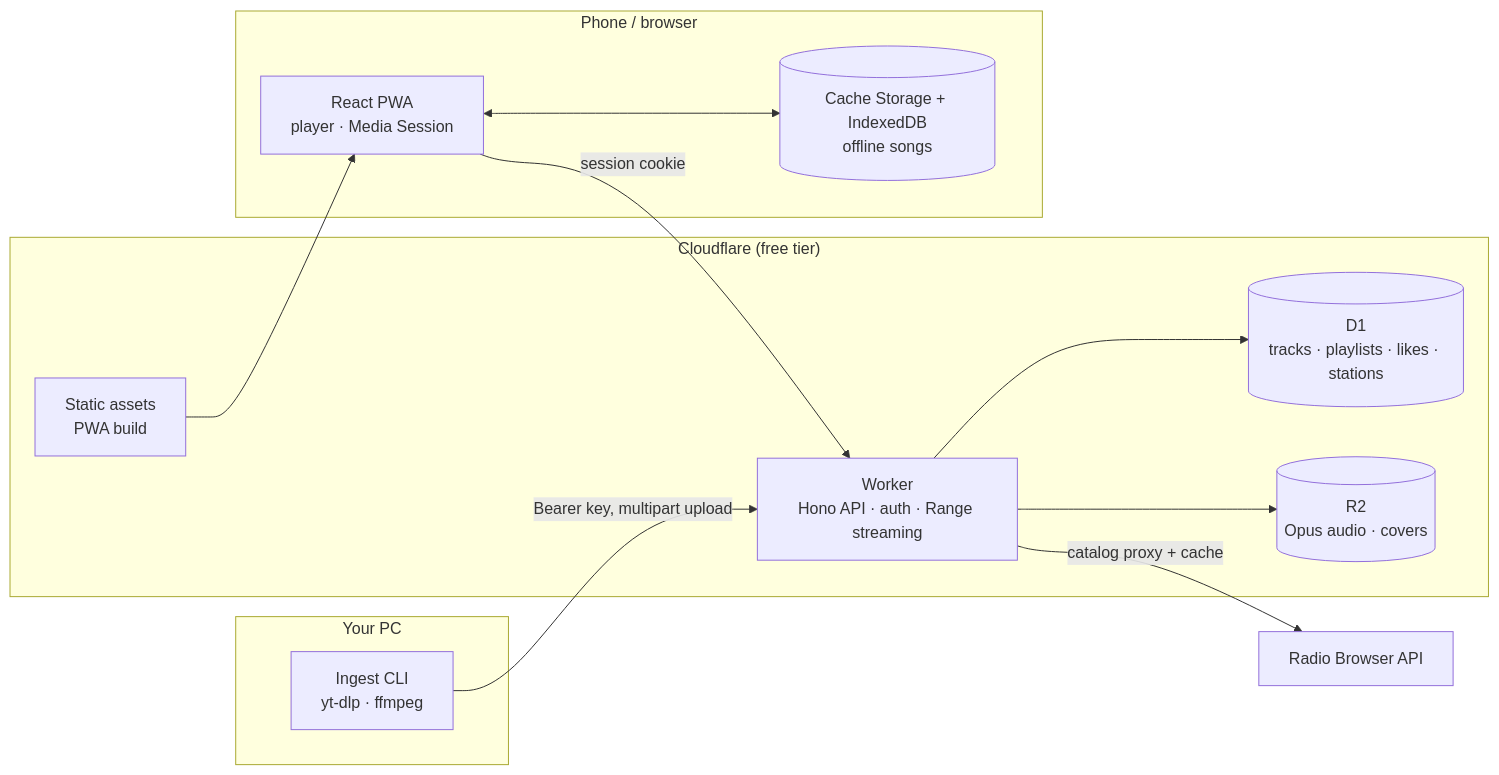
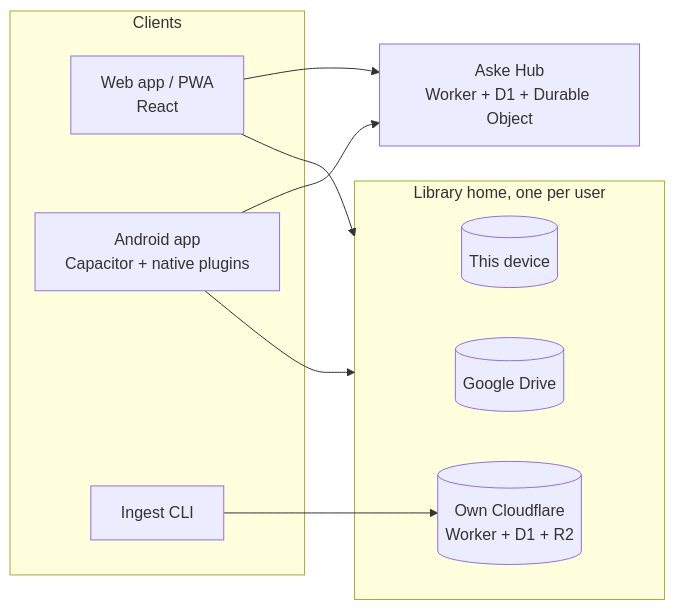
Before and after one commit to Ando144/aske-stream: the diagram in README.md, drawn with Mermaid. The commit also changed other lines of this file and 58 other files, not shown here.

````diff
--- a/README.md
+++ b/README.md
@@ -45,25 +159,20 @@
 ```mermaid
 flowchart LR
-  subgraph PC["Your PC"]
-    CLI["Ingest CLI<br/>yt-dlp · ffmpeg"]
+  subgraph clients["Clients"]
+    web["Web app / PWA<br/>React"]
+    apk["Android app<br/>Capacitor + native plugins"]
+    cli["Ingest CLI"]
   end
-  subgraph CF["Cloudflare (free tier)"]
-    W["Worker<br/>Hono API · auth · Range streaming"]
-    D1[("D1<br/>tracks · playlists · likes · stations")]
-    R2[("R2<br/>Opus audio · covers")]
-    A["Static assets<br/>PWA build"]
+  subgraph homes["Library home, one per user"]
+    dev[("This device")]
+    drive[("Google Drive")]
+    cf[("Own Cloudflare<br/>Worker + D1 + R2")]
   end
-  subgraph Phone["Phone / browser"]
-    PWA["React PWA<br/>player · Media Session"]
-    C[("Cache Storage + IndexedDB<br/>offline songs")]
-  end
-  RB["Radio Browser API"]
+  hub["Aske Hub<br/>Worker + D1 + Durable Object"]
 
-  CLI -- "Bearer key, multipart upload" --> W
-  PWA -- "session cookie" --> W
-  W --> D1
-  W --> R2
-  A --> PWA
-  PWA <--> C
-  W -- "catalog proxy + cache" --> RB
+  web --> homes
+  apk --> homes
+  cli --> cf
+  web --> hub
+  apk --> hub
 ```
````
